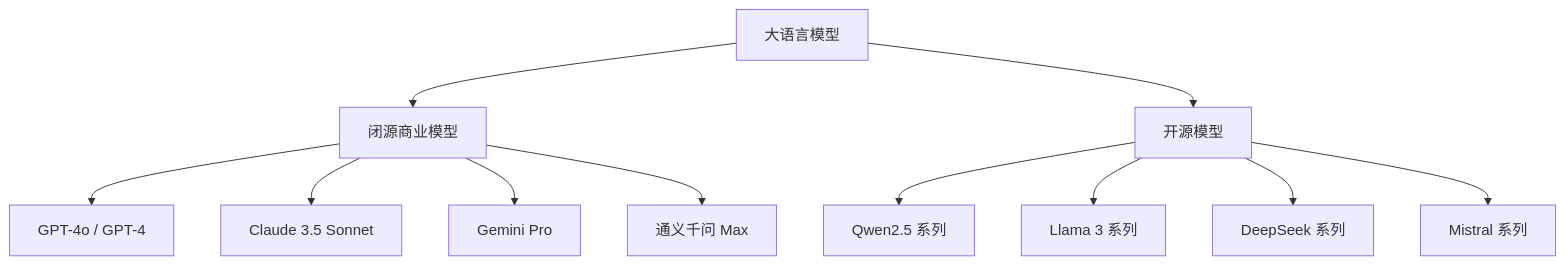
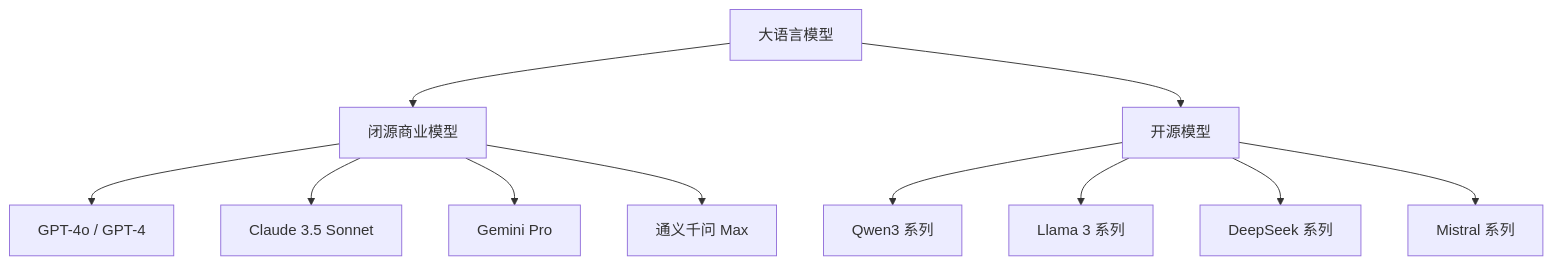
The diagram in docs/ai-agent/rag/knowledge-base.md (jun2333/knowledge), drawn with Mermaid before and after one commit. The commit also changed other lines of this file and 6 other files, not shown here.

````diff
--- a/docs/ai-agent/rag/knowledge-base.md
+++ b/docs/ai-agent/rag/knowledge-base.md
@@ -9,13 +9,13 @@
 ```mermaid
 graph TD
     A[大语言模型] --> B[闭源商业模型]
     A --> C[开源模型]
     B --> B1[GPT-4o / GPT-4]
     B --> B2[Claude 3.5 Sonnet]
     B --> B3[Gemini Pro]
     B --> B4[通义千问 Max]
-    C --> C1[Qwen2.5 系列]
+    C --> C1[Qwen3 系列]
     C --> C2[Llama 3 系列]
     C --> C3[DeepSeek 系列]
     C --> C4[Mistral 系列]
 ```
````
